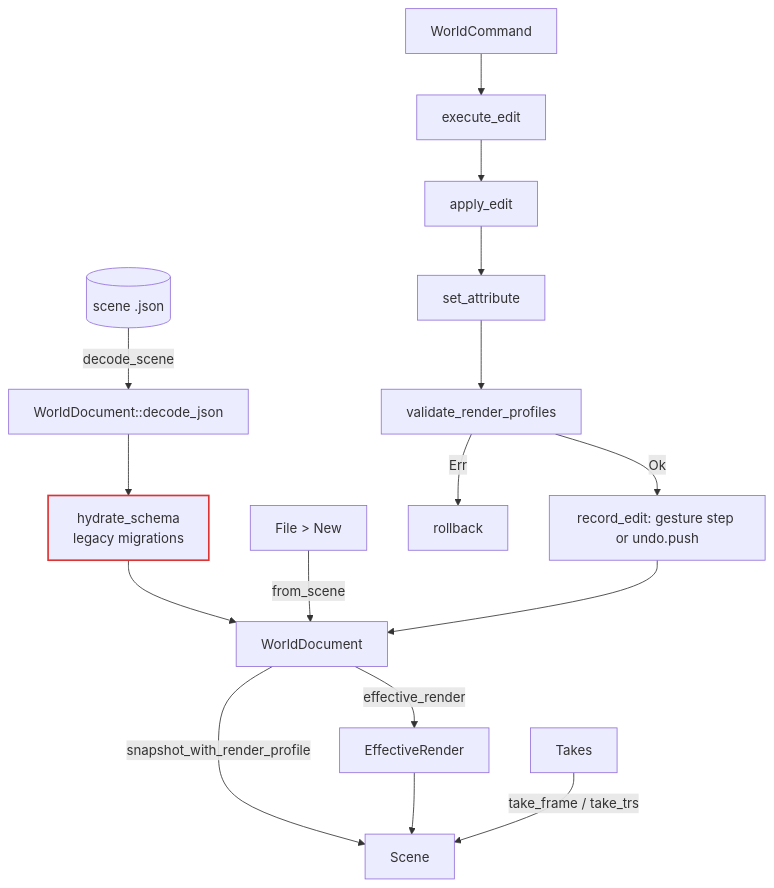
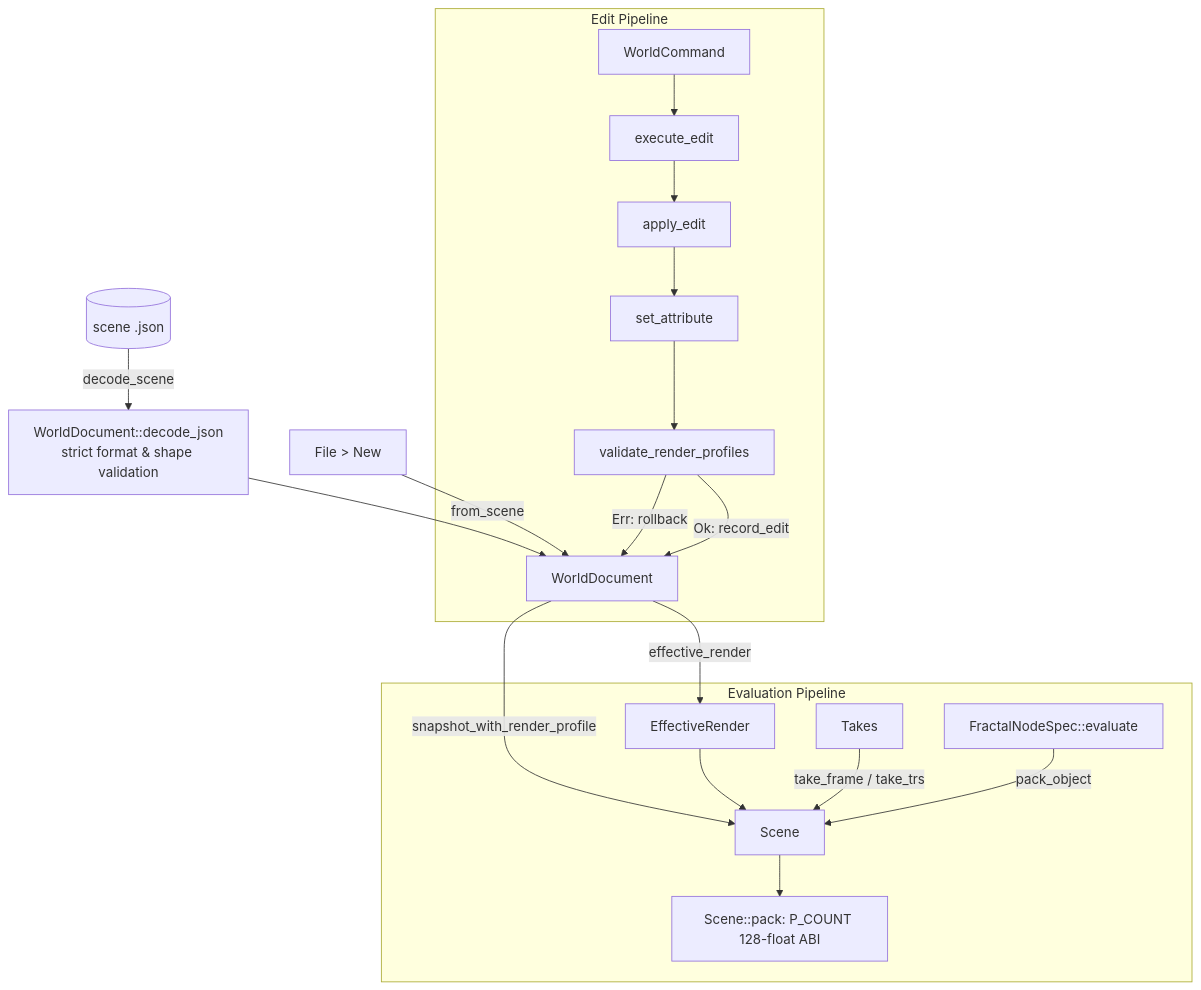
Before and after one commit to ssoj13/warpbro-rs: the third of 6 diagrams in DIAGRAMS.md, drawn with Mermaid. The commit also changed other lines of this file and 9 other files, not shown here.

Commit message:
docs: update PLAN.md, CHANGELOG.md, AGENTS.md, DIAGRAMS.md, README.md, and mdBook

````diff
--- a/DIAGRAMS.md
+++ b/DIAGRAMS.md
@@ -47,16 +74,22 @@
 ```mermaid
 flowchart TD
-  file[(scene .json)] -->|decode_scene| dj[WorldDocument::decode_json]
-  dj --> hy[hydrate_schema<br/>legacy migrations]:::bad
-  hy --> doc[WorldDocument]
+  file[(scene .json)] -->|decode_scene| dj[WorldDocument::decode_json<br/>strict format & shape validation]
+  dj --> doc[WorldDocument]
   new[File > New] -->|from_scene| doc
-  cmd[WorldCommand] --> ex[execute_edit] --> ap[apply_edit] --> sa[set_attribute]
-  sa --> val[validate_render_profiles] -->|Err| rb[rollback]
-  val -->|Ok| rec[record_edit: gesture step or undo.push]
-  rec --> doc
-  doc -->|snapshot_with_render_profile| sc[Scene]
-  doc -->|effective_render| er[EffectiveRender]
-  er --> sc
-  takes[Takes] -->|take_frame / take_trs| sc
-  classDef bad stroke:#d33,stroke-width:2px
+  
+  subgraph Edits[Edit Pipeline]
+    cmd[WorldCommand] --> ex[execute_edit] --> ap[apply_edit] --> sa[set_attribute]
+    sa --> val[validate_render_profiles]
+    val -->|Err: rollback| doc
+    val -->|Ok: record_edit| doc
+  end
+
+  subgraph Evaluation[Evaluation Pipeline]
+    doc -->|snapshot_with_render_profile| sc[Scene]
+    doc -->|effective_render| er[EffectiveRender]
+    er --> sc
+    takes[Takes] -->|take_frame / take_trs| sc
+    fn[FractalNodeSpec::evaluate] -->|pack_object| sc
+    sc --> pack[Scene::pack: P_COUNT 128-float ABI]
+  end
 ```
````
